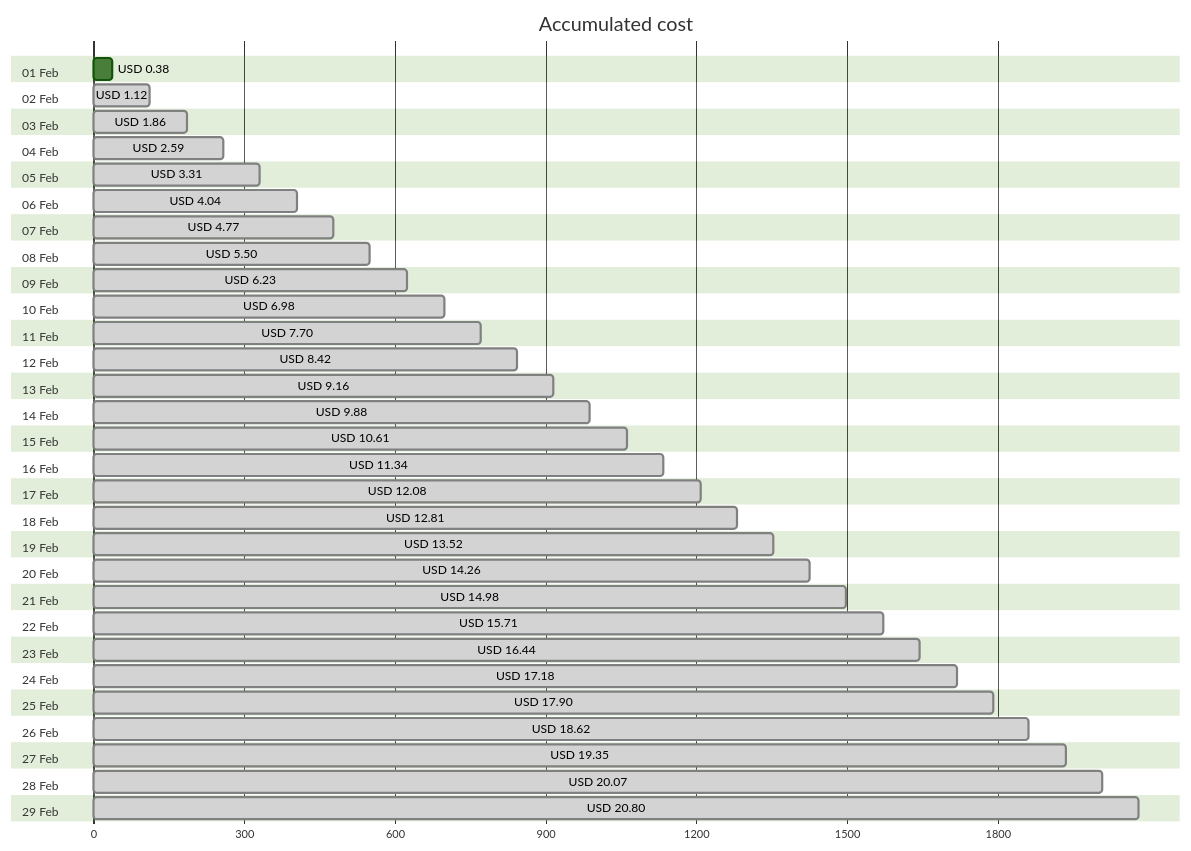
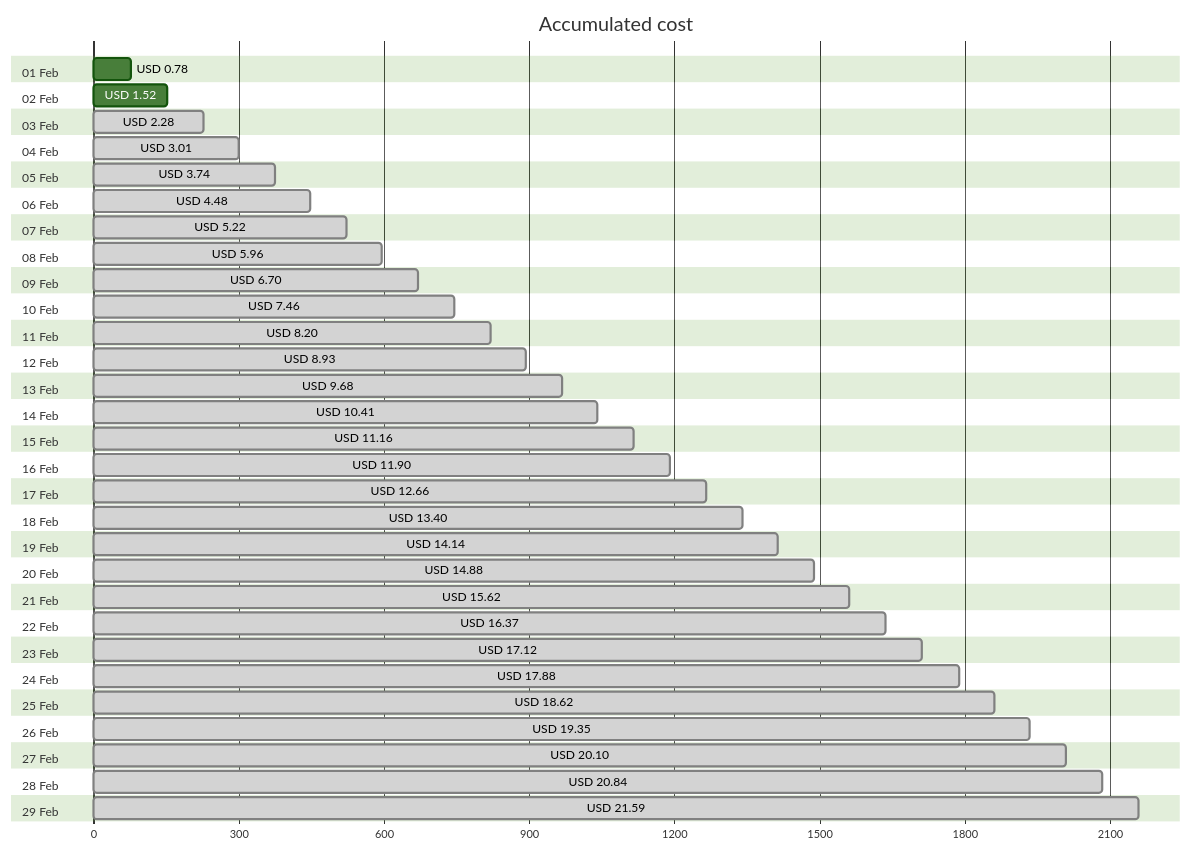
One commit to jpfulton/azure-personal-reports changed the first of 4 diagrams in cost-reports/personal-network/backup-server-data-disk.md. Above: the diagram before and after it, drawn with Mermaid (forest theme). The commit also changed other lines of this file and 8 other files, not shown here.

````diff
--- a/cost-reports/personal-network/backup-server-data-disk.md
+++ b/cost-reports/personal-network/backup-server-data-disk.md
@@ -20,64 +20,64 @@
 ```mermaid
 gantt
    title Accumulated cost
    dateFormat  X
    axisFormat %s
    section 01 Feb
-   USD 0.38 :0, 38
+   USD 0.78 :0, 78
    section 02 Feb
-   USD 1.12 : done, 0, 112
+   USD 1.52 :0, 152
    section 03 Feb
-   USD 1.86 : done, 0, 186
+   USD 2.28 : done, 0, 228
    section 04 Feb
-   USD 2.59 : done, 0, 259
+   USD 3.01 : done, 0, 301
    section 05 Feb
-   USD 3.31 : done, 0, 331
+   USD 3.74 : done, 0, 374
    section 06 Feb
-   USD 4.04 : done, 0, 404
+   USD 4.48 : done, 0, 448
    section 07 Feb
-   USD 4.77 : done, 0, 477
+   USD 5.22 : done, 0, 522
    section 08 Feb
-   USD 5.50 : done, 0, 550
+   USD 5.96 : done, 0, 596
    section 09 Feb
-   USD 6.23 : done, 0, 623
+   USD 6.70 : done, 0, 670
    section 10 Feb
-   USD 6.98 : done, 0, 698
+   USD 7.46 : done, 0, 746
    section 11 Feb
-   USD 7.70 : done, 0, 770
+   USD 8.20 : done, 0, 820
    section 12 Feb
-   USD 8.42 : done, 0, 842
+   USD 8.93 : done, 0, 893
    section 13 Feb
-   USD 9.16 : done, 0, 916
+   USD 9.68 : done, 0, 968
    section 14 Feb
-   USD 9.88 : done, 0, 988
+   USD 10.41 : done, 0, 1041
    section 15 Feb
-   USD 10.61 : done, 0, 1061
+   USD 11.16 : done, 0, 1116
    section 16 Feb
-   USD 11.34 : done, 0, 1134
+   USD 11.90 : done, 0, 1190
    section 17 Feb
-   USD 12.08 : done, 0, 1208
+   USD 12.66 : done, 0, 1266
    section 18 Feb
-   USD 12.81 : done, 0, 1281
+   USD 13.40 : done, 0, 1340
    section 19 Feb
-   USD 13.52 : done, 0, 1352
+   USD 14.14 : done, 0, 1414
    section 20 Feb
-   USD 14.26 : done, 0, 1426
+   USD 14.88 : done, 0, 1488
    section 21 Feb
-   USD 14.98 : done, 0, 1498
+   USD 15.62 : done, 0, 1562
    section 22 Feb
-   USD 15.71 : done, 0, 1571
+   USD 16.37 : done, 0, 1637
    section 23 Feb
-   USD 16.44 : done, 0, 1644
+   USD 17.12 : done, 0, 1712
    section 24 Feb
-   USD 17.18 : done, 0, 1718
+   USD 17.88 : done, 0, 1788
    section 25 Feb
-   USD 17.90 : done, 0, 1790
+   USD 18.62 : done, 0, 1862
    section 26 Feb
-   USD 18.62 : done, 0, 1862
+   USD 19.35 : done, 0, 1935
    section 27 Feb
-   USD 19.35 : done, 0, 1935
+   USD 20.10 : done, 0, 2010
    section 28 Feb
-   USD 20.07 : done, 0, 2007
+   USD 20.84 : done, 0, 2084
    section 29 Feb
-   USD 20.80 : done, 0, 2080
+   USD 21.59 : done, 0, 2159
 ```
````
